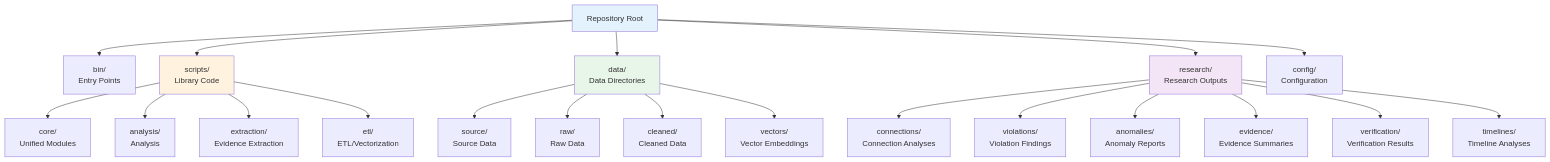
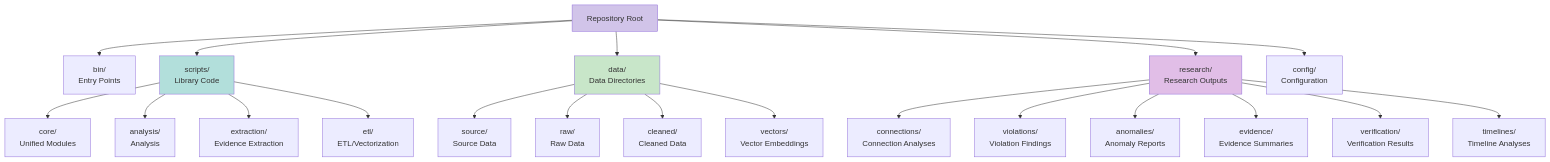
Before and after one commit to 1digitaldesign/kettler-data-analysis: the diagram in docs/ORGANIZATION.md, drawn with Mermaid. The commit also changed 16 other files, not shown here.

First line of the commit message:
Refactor all diagrams with pastel color scheme and add new diagrams

````diff
--- a/docs/ORGANIZATION.md
+++ b/docs/ORGANIZATION.md
@@ -5,30 +5,30 @@
 ```mermaid
 graph TB
     ROOT[Repository Root] --> BIN[bin/<br/>Entry Points]
     ROOT --> SCRIPTS[scripts/<br/>Library Code]
     ROOT --> DATA[data/<br/>Data Directories]
     ROOT --> RESEARCH[research/<br/>Research Outputs]
     ROOT --> CONFIG[config/<br/>Configuration]
 
     SCRIPTS --> CORE[core/<br/>Unified Modules]
     SCRIPTS --> ANALYSIS[analysis/<br/>Analysis]
     SCRIPTS --> EXTRACTION[extraction/<br/>Evidence Extraction]
     SCRIPTS --> ETL[etl/<br/>ETL/Vectorization]
 
     DATA --> SOURCE[source/<br/>Source Data]
     DATA --> RAW[raw/<br/>Raw Data]
     DATA --> CLEANED[cleaned/<br/>Cleaned Data]
     DATA --> VECTORS[vectors/<br/>Vector Embeddings]
 
     RESEARCH --> CONNECTIONS[connections/<br/>Connection Analyses]
     RESEARCH --> VIOLATIONS[violations/<br/>Violation Findings]
     RESEARCH --> ANOMALIES[anomalies/<br/>Anomaly Reports]
     RESEARCH --> EVIDENCE[evidence/<br/>Evidence Summaries]
     RESEARCH --> VERIFICATION[verification/<br/>Verification Results]
     RESEARCH --> TIMELINES[timelines/<br/>Timeline Analyses]
 
-    style ROOT fill:#e3f2fd
-    style DATA fill:#e8f5e9
-    style RESEARCH fill:#f3e5f5
-    style SCRIPTS fill:#fff3e0
+    style ROOT fill:#D1C4E9
+    style DATA fill:#C8E6C9
+    style RESEARCH fill:#E1BEE7
+    style SCRIPTS fill:#B2DFDB
 ```
````
